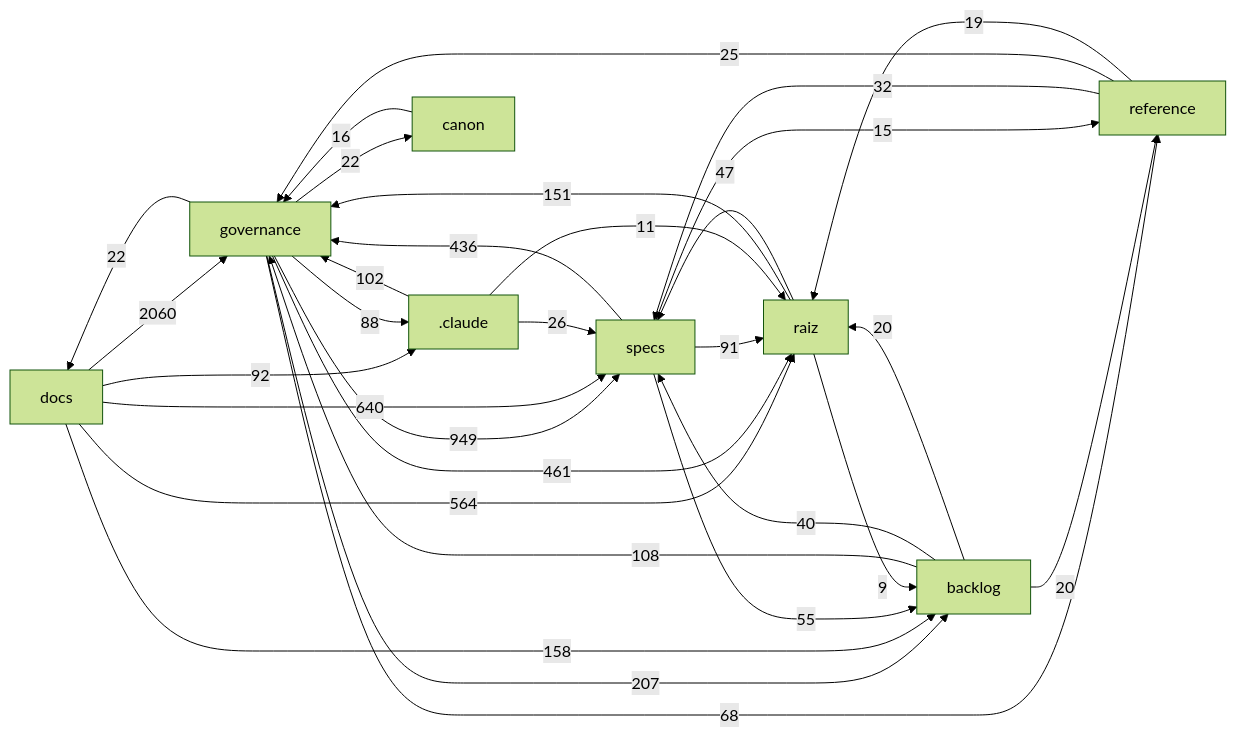
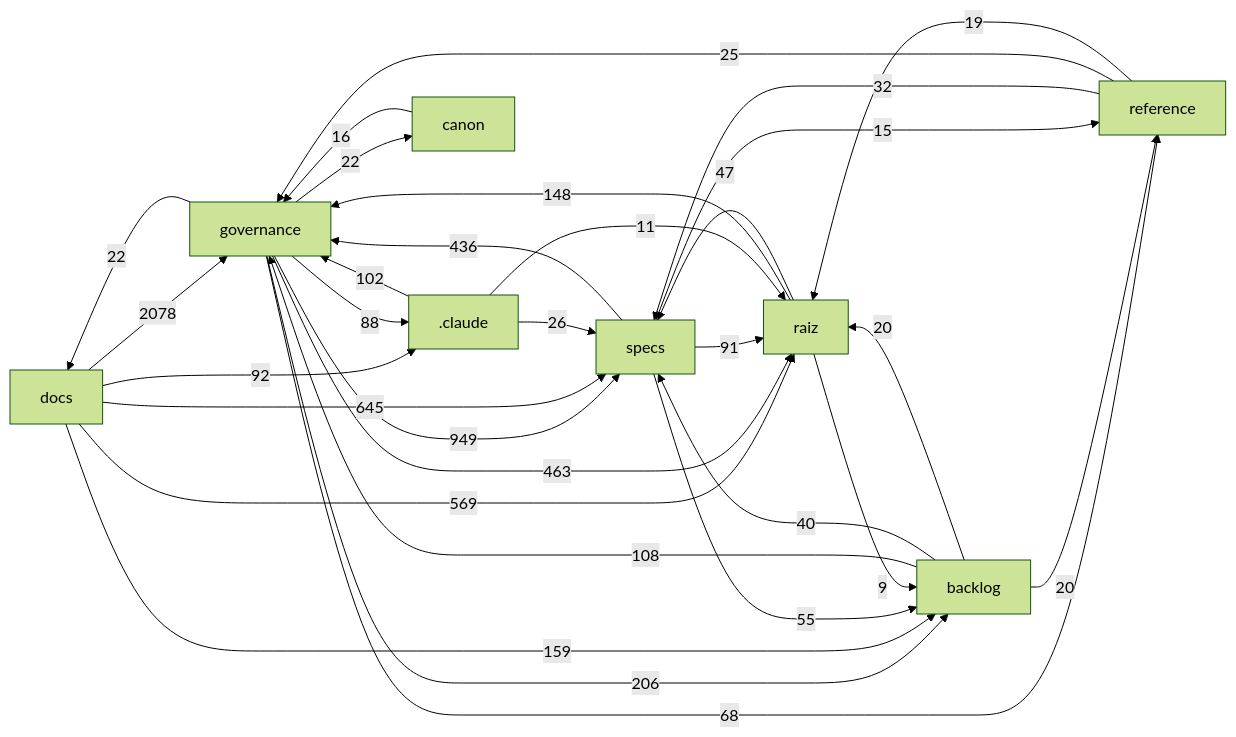
One commit to Andraus35/Sistema-Operacional-de-Trading--SOT changed the diagram in docs/mapa/MAPA-PROJETO.md. Above: the diagram before and after it, drawn with Mermaid (forest theme). The commit also changed other lines of this file and 8 other files, not shown here.

````diff
--- a/docs/mapa/MAPA-PROJETO.md
+++ b/docs/mapa/MAPA-PROJETO.md
@@ -29,33 +29,33 @@
 ```mermaid
 flowchart LR
-  docs["docs"] -->|2060| governance["governance"]
+  docs["docs"] -->|2078| governance["governance"]
   governance["governance"] -->|949| specs["specs"]
-  docs["docs"] -->|640| specs["specs"]
-  docs["docs"] -->|564| raiz["raiz"]
-  governance["governance"] -->|461| raiz["raiz"]
+  docs["docs"] -->|645| specs["specs"]
+  docs["docs"] -->|569| raiz["raiz"]
+  governance["governance"] -->|463| raiz["raiz"]
   specs["specs"] -->|436| governance["governance"]
-  governance["governance"] -->|207| backlog["backlog"]
-  docs["docs"] -->|158| backlog["backlog"]
-  raiz["raiz"] -->|151| governance["governance"]
+  governance["governance"] -->|206| backlog["backlog"]
+  docs["docs"] -->|159| backlog["backlog"]
+  raiz["raiz"] -->|148| governance["governance"]
   backlog["backlog"] -->|108| governance["governance"]
   _claude[".claude"] -->|102| governance["governance"]
   docs["docs"] -->|92| _claude[".claude"]
   specs["specs"] -->|91| raiz["raiz"]
   governance["governance"] -->|88| _claude[".claude"]
   governance["governance"] -->|68| reference["reference"]
   specs["specs"] -->|55| backlog["backlog"]
   raiz["raiz"] -->|47| specs["specs"]
   backlog["backlog"] -->|40| specs["specs"]
   reference["reference"] -->|32| specs["specs"]
   _claude[".claude"] -->|26| specs["specs"]
   reference["reference"] -->|25| governance["governance"]
   governance["governance"] -->|22| docs["docs"]
   governance["governance"] -->|22| canon["canon"]
   backlog["backlog"] -->|20| raiz["raiz"]
   backlog["backlog"] -->|20| reference["reference"]
   reference["reference"] -->|19| raiz["raiz"]
   canon["canon"] -->|16| governance["governance"]
   specs["specs"] -->|15| reference["reference"]
   _claude[".claude"] -->|11| raiz["raiz"]
   raiz["raiz"] -->|9| backlog["backlog"]
 ```
````
